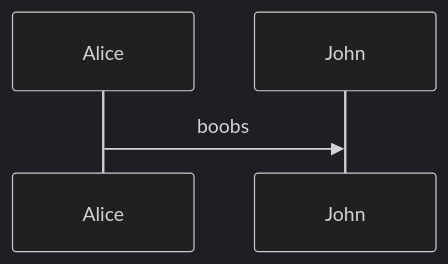
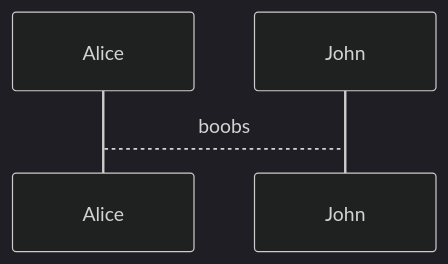
One commit to nchiumenti/boston_zoning changed the first of 5 diagrams in code/data_setup/README.md. Above: the diagram before and after it, drawn with Mermaid (dark theme).

````diff
--- a/code/data_setup/README.md
+++ b/code/data_setup/README.md
@@ -7,4 +7,4 @@
 ```mermaid
 sequenceDiagram
-    Alice->>John: boobs
+    Alice-->John: boobs
 ```
````
